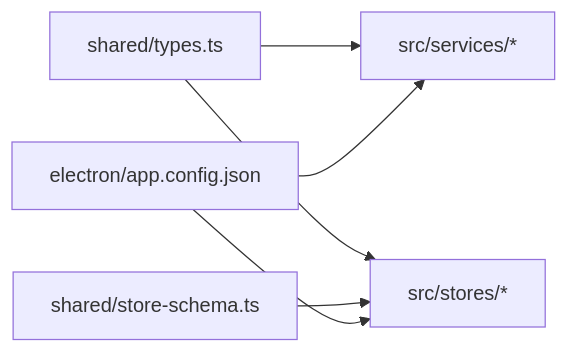
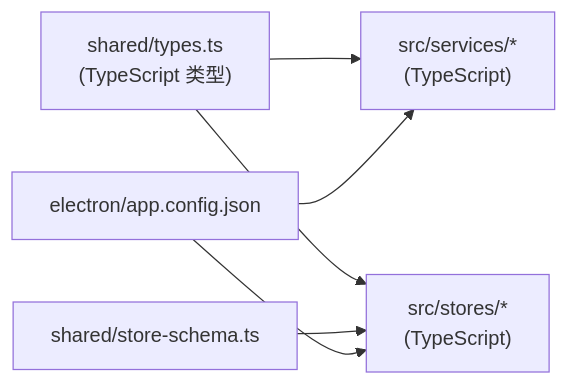
One commit to Siborne/OJFlow changed the seventh of 7 diagrams in .qoder/repowiki/zh/content/核心功能模块/核心功能模块.md. Above: the diagram before and after it, drawn with Mermaid. The commit also changed other lines of this file and 12 other files, not shown here.

````diff
--- a/.qoder/repowiki/zh/content/核心功能模块/核心功能模块.md
+++ b/.qoder/repowiki/zh/content/核心功能模块/核心功能模块.md
@@ -303,8 +323,8 @@
 ```mermaid
 graph LR
-Types["shared/types.ts"] --> Services["src/services/*"]
-Types --> Stores["src/stores/*"]
+Types["shared/types.ts<br/>(TypeScript 类型)"] --> Services["src/services/*<br/>(TypeScript)"]
+Types --> Stores["src/stores/*<br/>(TypeScript)"]
 StoreSchema["shared/store-schema.ts"] --> Stores
 Config["electron/app.config.json"] --> Stores
 Config --> Services
 ```
````
